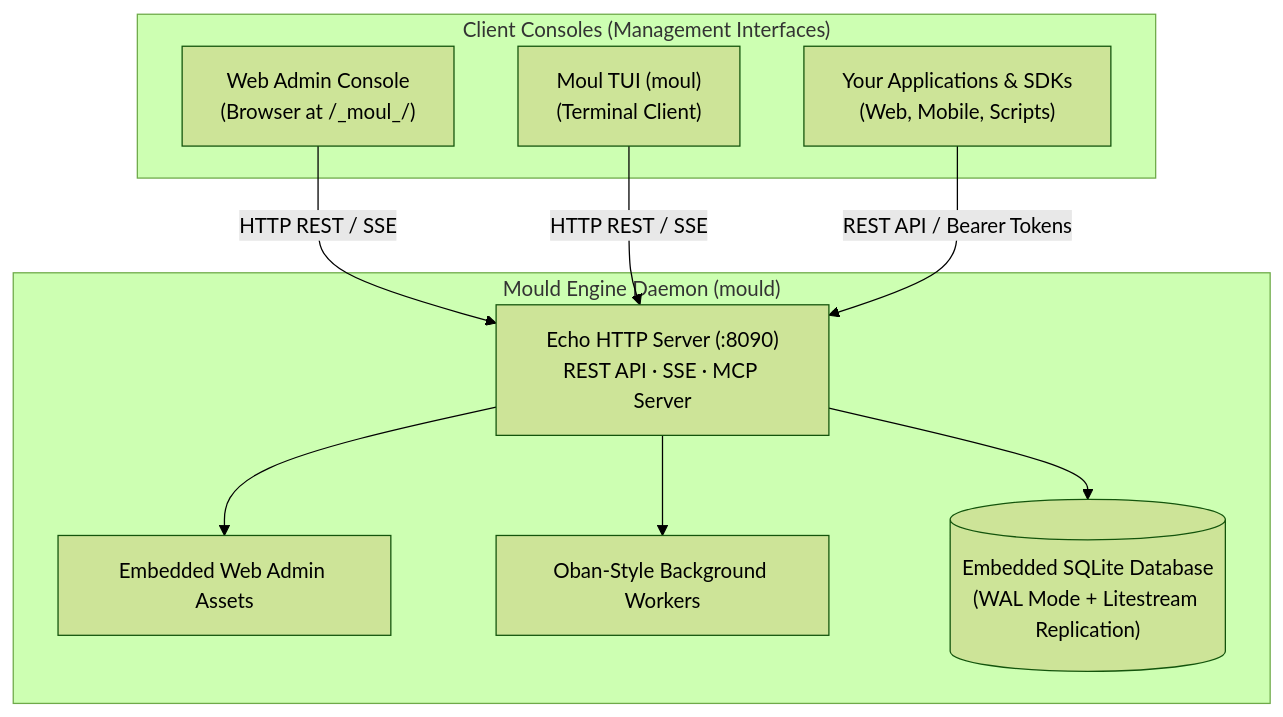
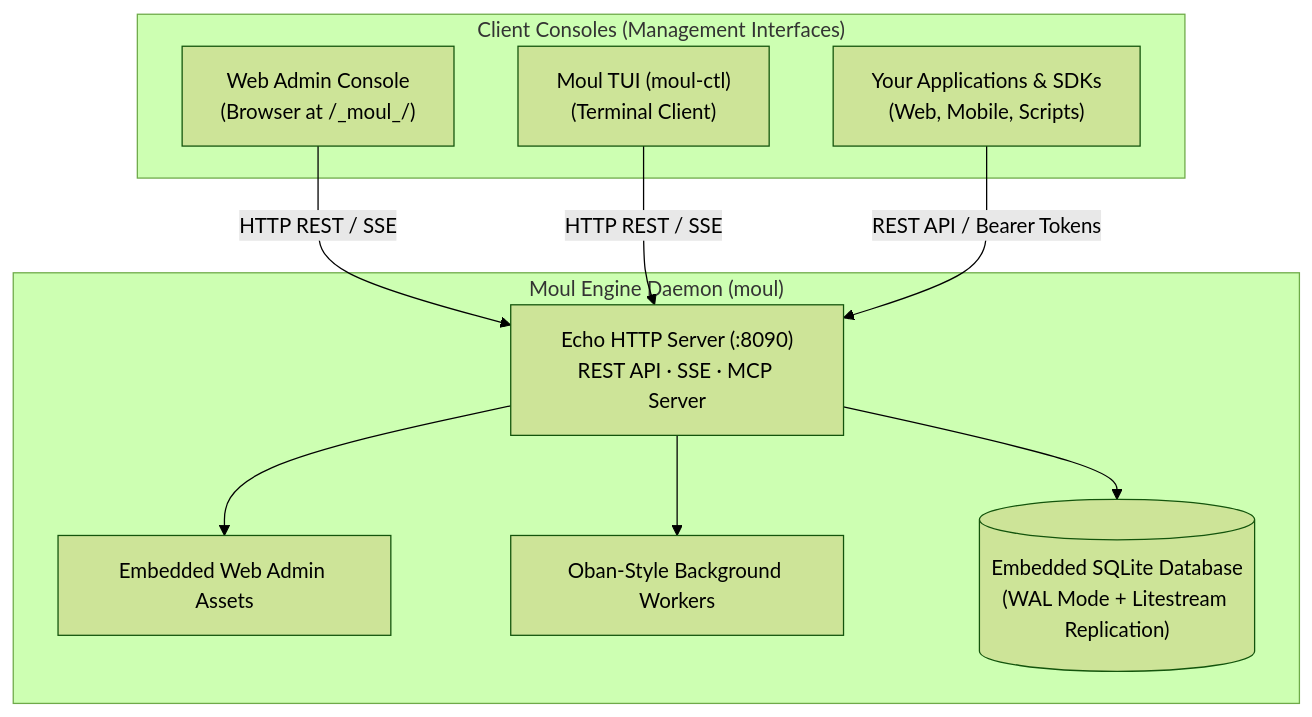
The diagram in website/content/docs/getting-started/architecture.mdx (moul-dev/moul-dev), drawn with Mermaid (forest theme) before and after one commit. The commit also changed other lines of this file and 58 other files, not shown here.

Commit message:
Naming Refactor (`mould` -> `moul`, `moul` -> `moul-ctl`)

````diff
--- a/website/content/docs/getting-started/architecture.mdx
+++ b/website/content/docs/getting-started/architecture.mdx
@@ -17,22 +17,22 @@
 ```mermaid
 graph TD
     subgraph ClientConsoles["Client Consoles (Management Interfaces)"]
         WebAdmin["Web Admin Console\n(Browser at /_moul_/)"]
-        MoulTUI["Moul TUI (moul)\n(Terminal Client)"]
+        MoulTUI["Moul TUI (moul-ctl)\n(Terminal Client)"]
         ExternalApps["Your Applications & SDKs\n(Web, Mobile, Scripts)"]
     end
 
-    subgraph MouldEngine["Mould Engine Daemon (mould)"]
+    subgraph MoulEngine["Moul Engine Daemon (moul)"]
         HTTPServer["Echo HTTP Server (:8090)\nREST API · SSE · MCP Server"]
         EmbeddedUI["Embedded Web Admin Assets"]
         WorkerEngine["Oban-Style Background Workers"]
         SQLiteDB[("Embedded SQLite Database\n(WAL Mode + Litestream Replication)")]
     end
 
     WebAdmin -->|"HTTP REST / SSE"| HTTPServer
     MoulTUI -->|"HTTP REST / SSE"| HTTPServer
     ExternalApps -->|"REST API / Bearer Tokens"| HTTPServer
     HTTPServer --> SQLiteDB
     HTTPServer --> WorkerEngine
     HTTPServer --> EmbeddedUI
 ```
````
